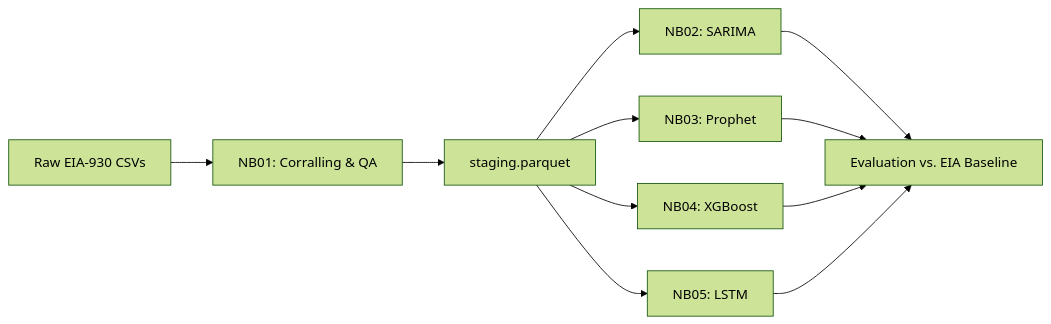
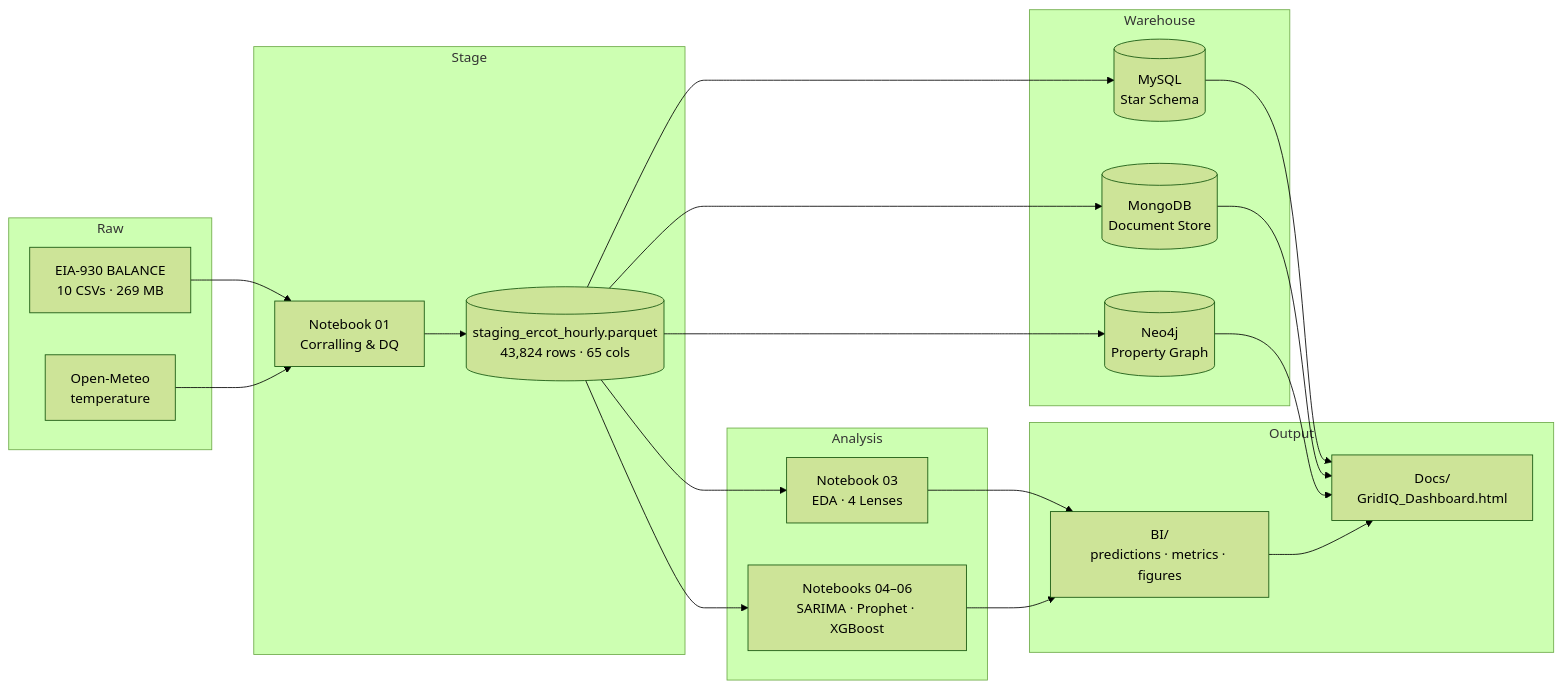
The diagram in README.md (ChicagoShane/gridiq), drawn with Mermaid (forest theme) before and after one commit. The commit also changed other lines of this file and 1 other file, not shown here.

Commit message:
Update README with finalized metrics and 5-yr dataset

````diff
--- a/README.md
+++ b/README.md
@@ -40,10 +72,38 @@
 ```mermaid
 flowchart LR
-    A[Raw EIA-930 CSVs] --> B[NB01: Corralling & QA]
-    B --> C[staging.parquet]
-    C --> D[NB02: SARIMA]
-    C --> E[NB03: Prophet]
-    C --> F[NB04: XGBoost]
-    C --> G[NB05: LSTM]
-    D & E & F & G --> H[Evaluation vs. EIA Baseline]
+    subgraph RAW["Raw"]
+        A[EIA-930 BALANCE<br/>10 CSVs · 269 MB]
+        W[Open-Meteo<br/>temperature]
+    end
+    subgraph STAGE["Stage"]
+        B[Notebook 01<br/>Corralling & DQ]
+        S[(staging_ercot_hourly.parquet<br/>43,824 rows · 65 cols)]
+    end
+    subgraph WAREHOUSE["Warehouse"]
+        E[(MySQL<br/>Star Schema)]
+        F[(MongoDB<br/>Document Store)]
+        G[(Neo4j<br/>Property Graph)]
+    end
+    subgraph ANALYSIS["Analysis"]
+        H[Notebook 03<br/>EDA · 4 Lenses]
+        I[Notebooks 04–06<br/>SARIMA · Prophet · XGBoost]
+    end
+    subgraph OUTPUT["Output"]
+        J[BI/<br/>predictions · metrics · figures]
+        K[Docs/<br/>GridIQ_Dashboard.html]
+    end
+    A --> B
+    W --> B
+    B --> S
+    S --> H
+    S --> I
+    S --> E
+    S --> F
+    S --> G
+    H --> J
+    I --> J
+    E --> K
+    F --> K
+    G --> K
+    J --> K
 ```
````
